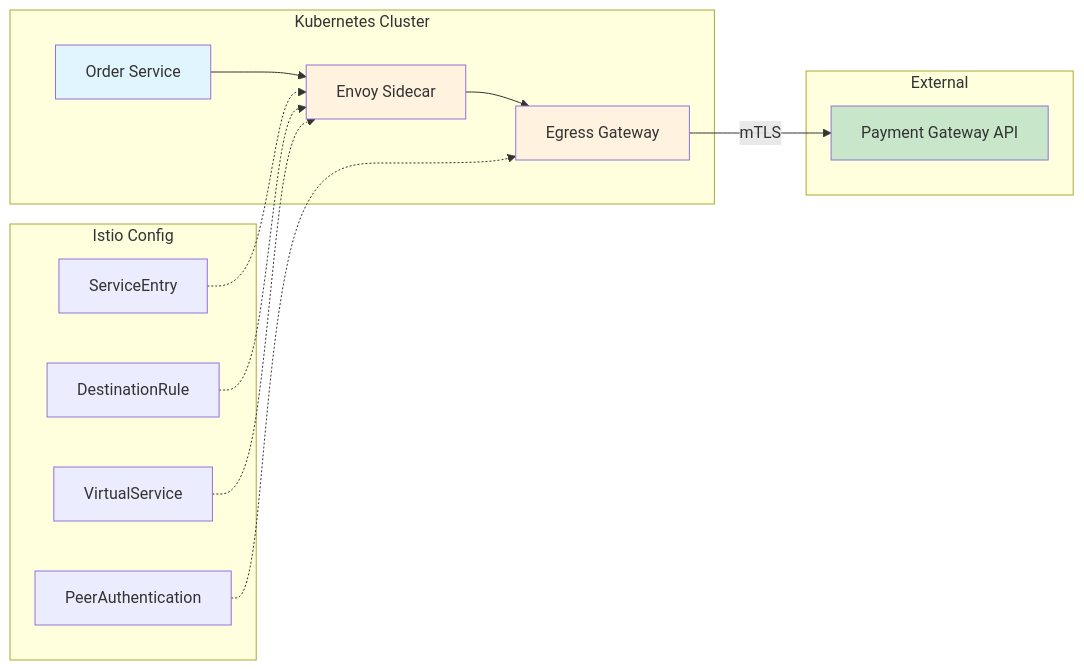
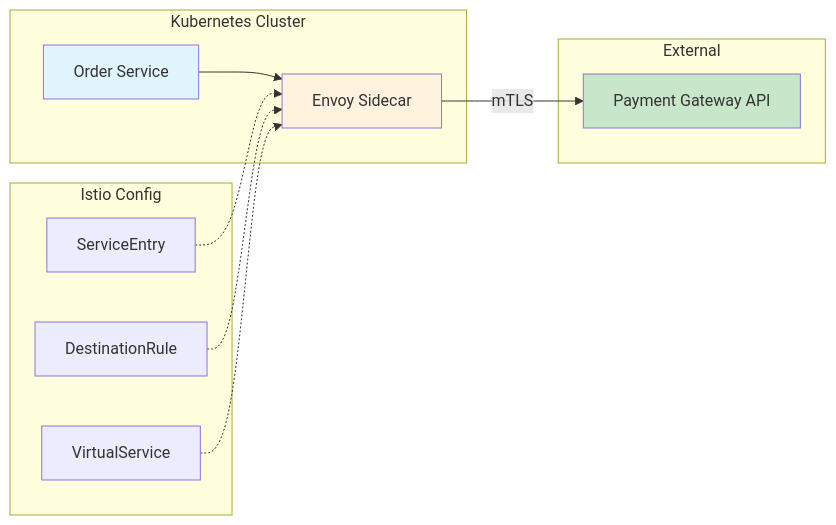
The fourth of 5 diagrams in posts/2026-01-07-istio-service-entry-external/README.md (OneUptime/blog), drawn with Mermaid before and after one commit. The commit also changed other lines of this file and 2 other files, not shown here.

````diff
--- a/posts/2026-01-07-istio-service-entry-external/README.md
+++ b/posts/2026-01-07-istio-service-entry-external/README.md
@@ -534,23 +535,22 @@
 ```mermaid
 flowchart LR
     subgraph Kubernetes Cluster
         A[Order Service] --> B[Envoy Sidecar]
-        B --> C[Egress Gateway]
     end
 
     subgraph External
-        C -->|mTLS| D[Payment Gateway API]
+        D[Payment Gateway API]
     end
+
+    B -->|mTLS| D
 
     subgraph Istio Config
         E[ServiceEntry] -.-> B
         F[DestinationRule] -.-> B
         G[VirtualService] -.-> B
-        H[PeerAuthentication] -.-> C
     end
 
     style A fill:#e1f5fe
     style B fill:#fff3e0
-    style C fill:#fff3e0
     style D fill:#c8e6c9
 ```
````
